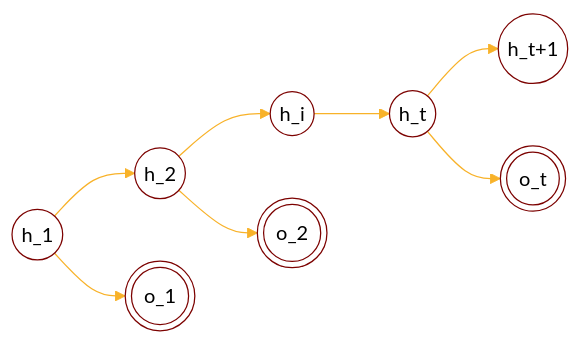
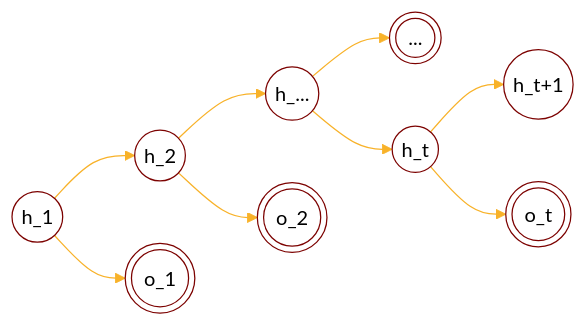
One commit to tirmisula/tirmisula.github.io changed the first of 15 diagrams in content/posts/hidden-markov-model.md. Above: the diagram before and after it, drawn with Mermaid. The commit also changed other lines of this file, not shown here.

````diff
--- a/content/posts/hidden-markov-model.md
+++ b/content/posts/hidden-markov-model.md
@@ -111,23 +111,24 @@
 ```mermaid
 %%{
   init: {
     'theme': 'base',
     'themeVariables': {
       'primaryColor': 'white',
       'primaryTextColor': '#000',
       'primaryBorderColor': '#7C0200',
       'lineColor': '#F8B229',
       'secondaryColor': 'red',
       'tertiaryColor': '#fff'
     }
   }
 }%%
 flowchart LR
     id1((h_1)) --> id2((h_2))
     id2((h_2)) --> id3((h_i))
-    id3((h_i)) --> id4((h_t))
+    id3((h_...)) --> id9(((...)))
+    id3((h_...)) --> id4((h_t))
     id4((h_t)) --> id5((h_t+1))
     id1((h_1)) --> id6(((o_1)))
     id2((h_2)) --> id7(((o_2)))
     id4((h_t)) --> id8(((o_t)))
 ```
````
